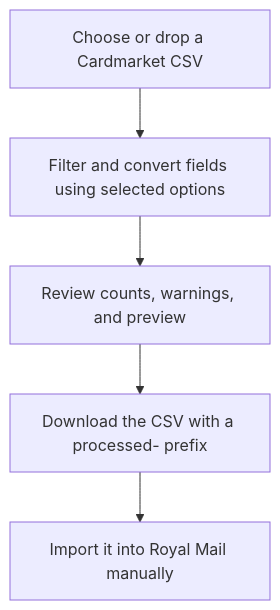
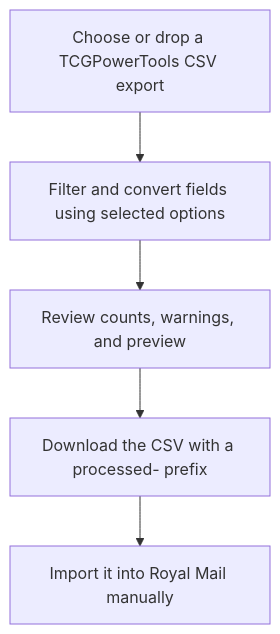
The diagram in royal-mail-csv/README.md (tjx0726/P9_Tampermonkey), drawn with Mermaid before and after one commit. The commit also changed other lines of this file and 6 other files, not shown here.

Commit message:
Correct Royal Mail CSV source wording to TCGPowerTools

````diff
--- a/royal-mail-csv/README.md
+++ b/royal-mail-csv/README.md
@@ -30,7 +30,7 @@
 ```mermaid
 flowchart TD
-    A[Choose or drop a Cardmarket CSV] --> B[Filter and convert fields using selected options]
+    A[Choose or drop a TCGPowerTools CSV export] --> B[Filter and convert fields using selected options]
     B --> C[Review counts, warnings, and preview]
     C --> D[Download the CSV with a processed- prefix]
     D --> E[Import it into Royal Mail manually]
 ```
````
